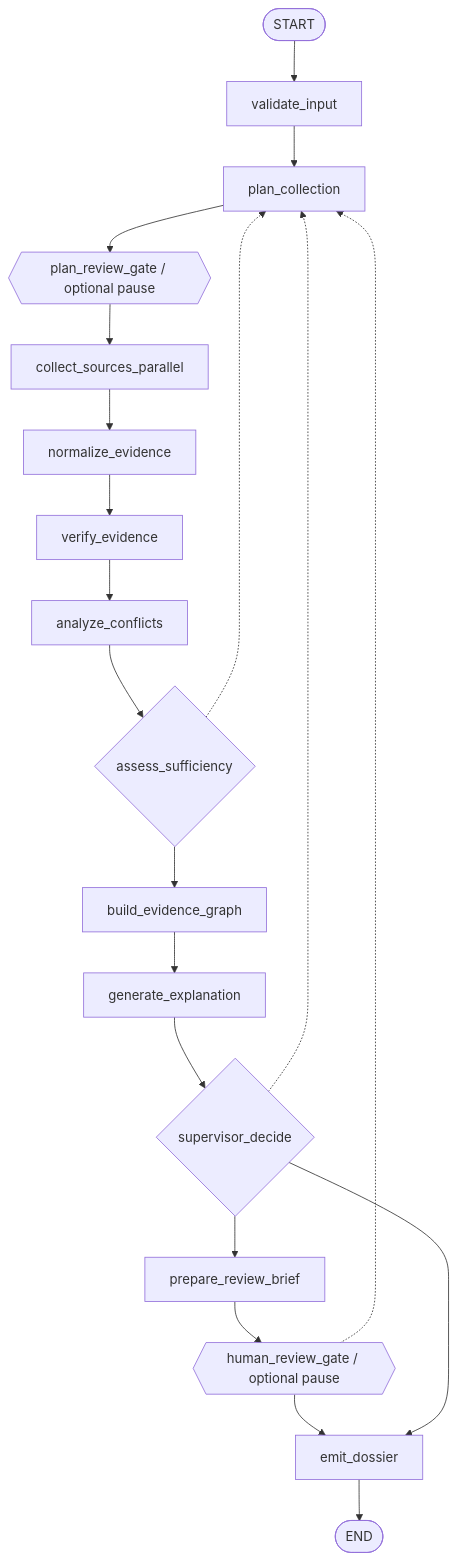
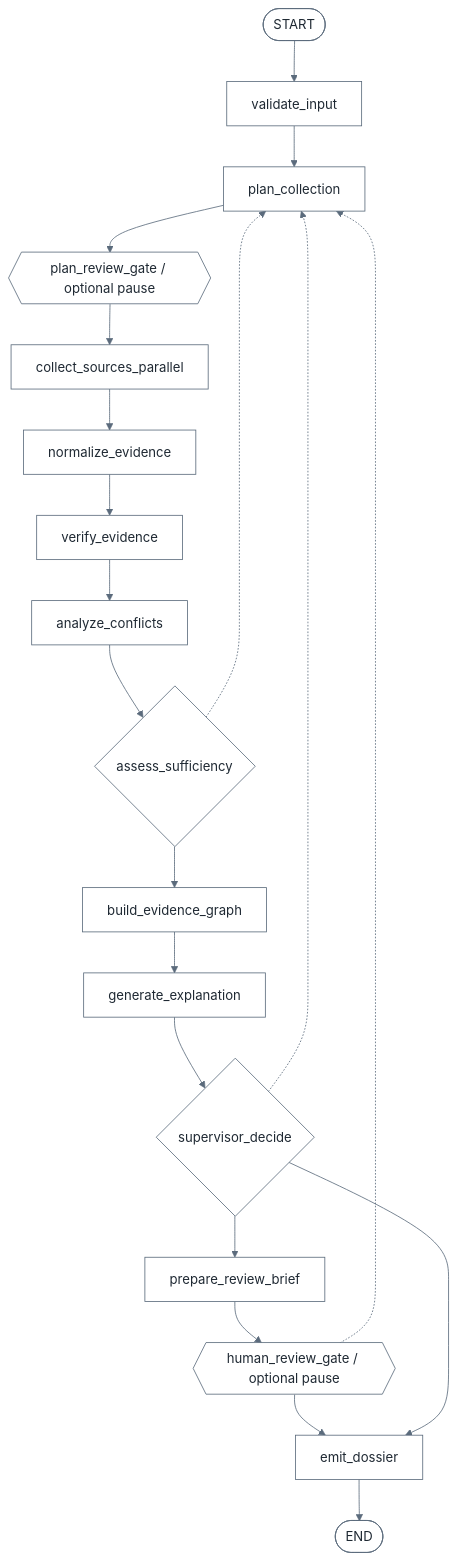
Before and after one commit to himanshu1573/Drug-disovery-multiple-agent: the second of 2 diagrams in README.md, drawn with Mermaid. The commit also changed other lines of this file, not shown here.

Commit message:
docs: force a white theme on the README diagrams
Both Mermaid diagrams followed GitHub's dark theme, which made them hard
to read. Pin theme "base" with white node/background fills and dark text
so they render light in both GitHub themes.

Verified by rendering both diagrams with mermaid-cli 10.9.8.

````diff
--- a/README.md
+++ b/README.md
@@ -109,22 +110,23 @@
 ```mermaid
+%%{init: {"theme":"base","themeVariables":{"background":"#ffffff","primaryColor":"#ffffff","primaryTextColor":"#1f2933","primaryBorderColor":"#5b6b7c","lineColor":"#5b6b7c","secondaryColor":"#f4f6f8","tertiaryColor":"#ffffff","clusterBkg":"#ffffff","clusterBorder":"#5b6b7c","edgeLabelBackground":"#ffffff","nodeTextColor":"#1f2933"}}}%%
 flowchart TD
     S([START]) --> V[validate_input]
     V --> P[plan_collection]
     P --> PG{{plan_review_gate / optional pause}}
     PG --> C[collect_sources_parallel]
     C --> N[normalize_evidence]
     N --> VE[verify_evidence]
     VE --> AC[analyze_conflicts]
     AC --> AS{assess_sufficiency}
     AS --> G[build_evidence_graph]
     G --> E[generate_explanation]
     E --> SD{supervisor_decide}
     SD --> RB[prepare_review_brief]
     RB --> HG{{human_review_gate / optional pause}}
     HG --> D[emit_dossier]
     SD --> D
     D --> X([END])
     AS -.-> P
     SD -.-> P
     HG -.-> P
 ```
````
